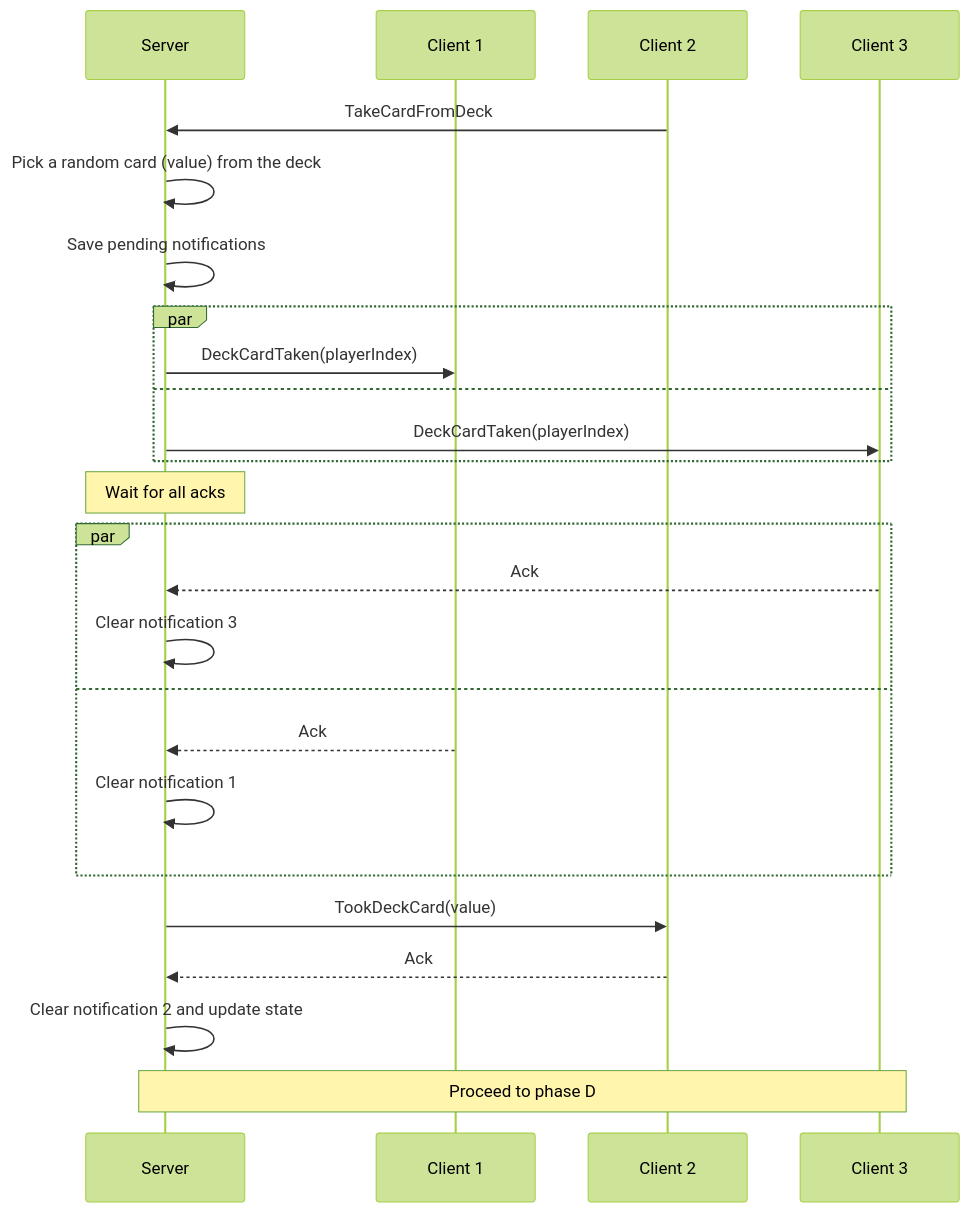
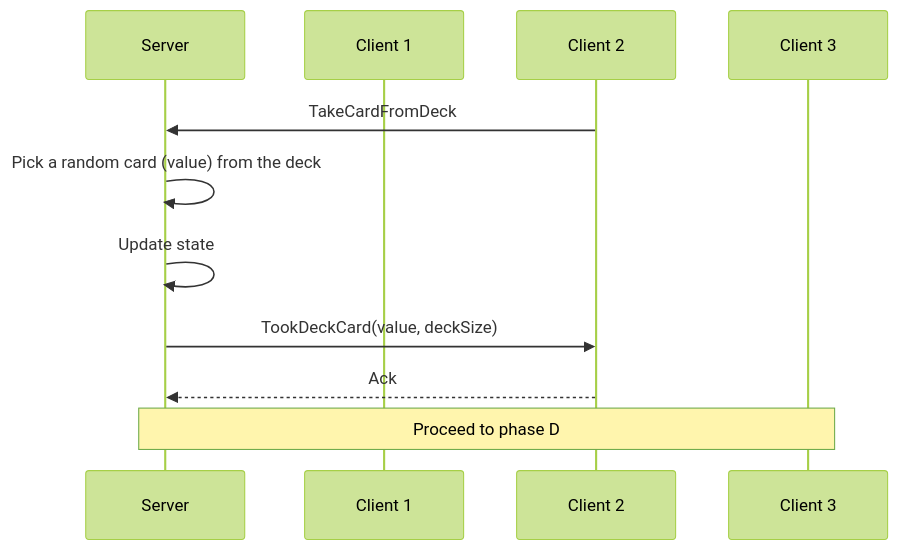
One commit to roman-zubarevich/another changed the fourth of 15 diagrams in README.md. Above: the diagram before and after it, drawn with Mermaid (forest theme). The commit also changed other lines of this file, not shown here.

````diff
--- a/README.md
+++ b/README.md
@@ -105,27 +113,13 @@
 ```mermaid
 sequenceDiagram
     participant S as Server
     participant C1 as Client 1
     participant C2 as Client 2
     participant C3 as Client 3
     C2->>S: TakeCardFromDeck
     S->>S: Pick a random card (value) from the deck
-    S->>S: Save pending notifications
-    par
-        S->>C1: DeckCardTaken(playerIndex)
-    and
-        S->>C3: DeckCardTaken(playerIndex)
-    end
-    Note over S: Wait for all acks
-    par
-        C3-->>S: Ack
-        S->>S: Clear notification 3
-    and
-        C1-->>S: Ack
-        S->>S: Clear notification 1
-    end
-    S->>C2: TookDeckCard(value)
+    S->>S: Update state
+    S->>C2: TookDeckCard(value, deckSize)
     C2-->>S: Ack
-    S->>S: Clear notification 2 and update state
     Note over S,C3: Proceed to phase D
 ```
````
